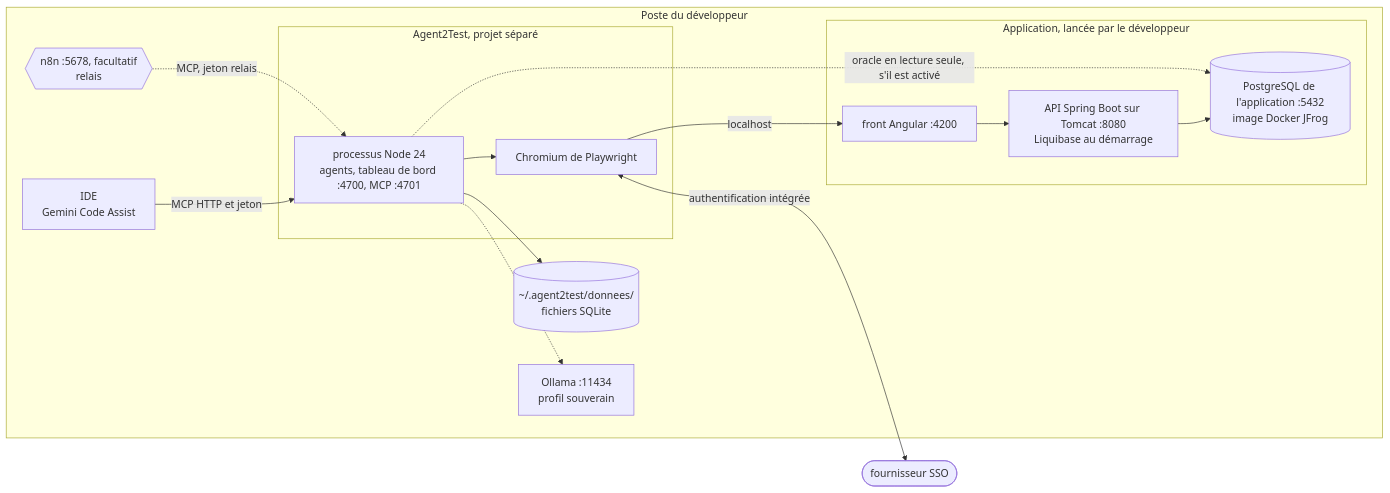
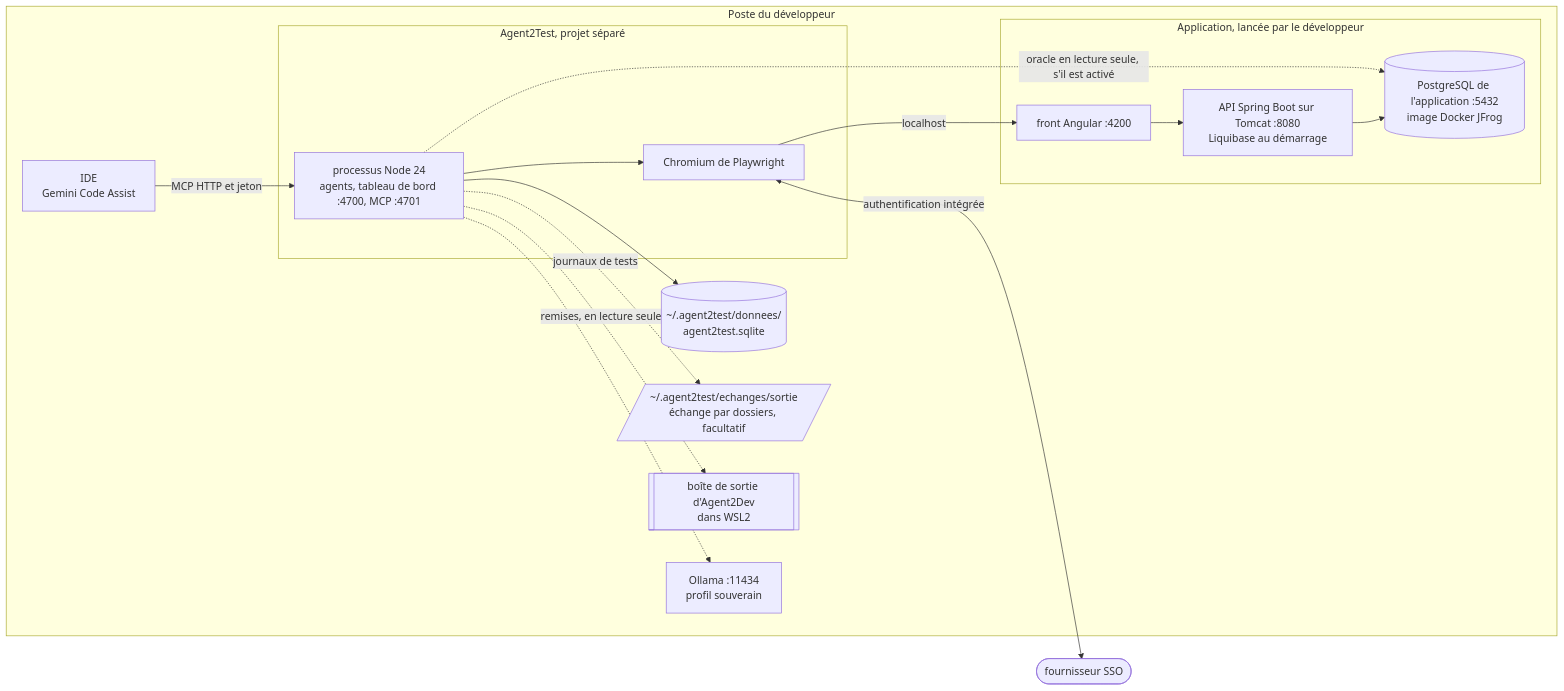
Before and after one commit to FredGarcia/Agent2Prompt: the diagram in specs/agent2test/modules/exploitation/SKILL.md, drawn with Mermaid. The commit also changed other lines of this file and 48 other files, not shown here.

````diff
--- a/specs/agent2test/modules/exploitation/SKILL.md
+++ b/specs/agent2test/modules/exploitation/SKILL.md
@@ -14,28 +14,30 @@
 ```mermaid
 flowchart LR
   IDP(["fournisseur SSO"])
   subgraph POSTE["Poste du développeur"]
     subgraph APPLI["Application, lancée par le développeur"]
       NG["front Angular :4200"]
       API["API Spring Boot sur Tomcat :8080<br/>Liquibase au démarrage"]
       PGA[("PostgreSQL de l'application :5432<br/>image Docker JFrog")]
     end
     subgraph A2T["Agent2Test, projet séparé"]
       NODE["processus Node 24<br/>agents, tableau de bord :4700, MCP :4701"]
       CHR["Chromium de Playwright"]
     end
-    BDD[("~/.agent2test/donnees/<br/>fichiers SQLite")]
+    BDD[("~/.agent2test/donnees/<br/>agent2test.sqlite")]
+    ECH[/"~/.agent2test/echanges/sortie<br/>échange par dossiers, facultatif"/]
+    A2D[["boîte de sortie d'Agent2Dev<br/>dans WSL2"]]
     OLL["Ollama :11434<br/>profil souverain"]
-    N8N{{"n8n :5678, facultatif<br/>relais"}}
     VSC["IDE<br/>Gemini Code Assist"]
   end
   VSC -->|"MCP HTTP et jeton"| NODE
   NODE --> CHR
   CHR -->|"localhost"| NG
   NG --> API --> PGA
   CHR <-->|"authentification intégrée"| IDP
   NODE --> BDD
   NODE -.-> OLL
   NODE -.->|"oracle en lecture seule, s'il est activé"| PGA
-  N8N -.->|"MCP, jeton relais"| NODE
+  NODE -.->|"journaux de tests"| ECH
+  NODE -.->|"remises, en lecture seule"| A2D
 ```
````
